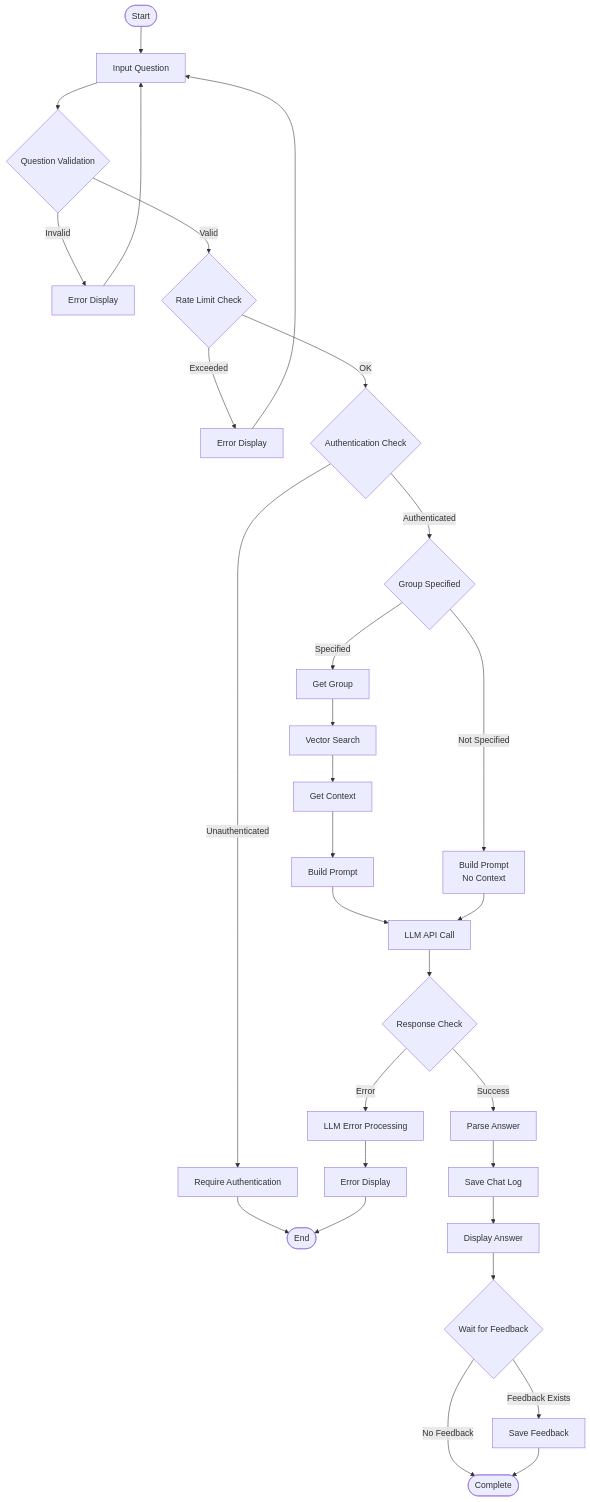
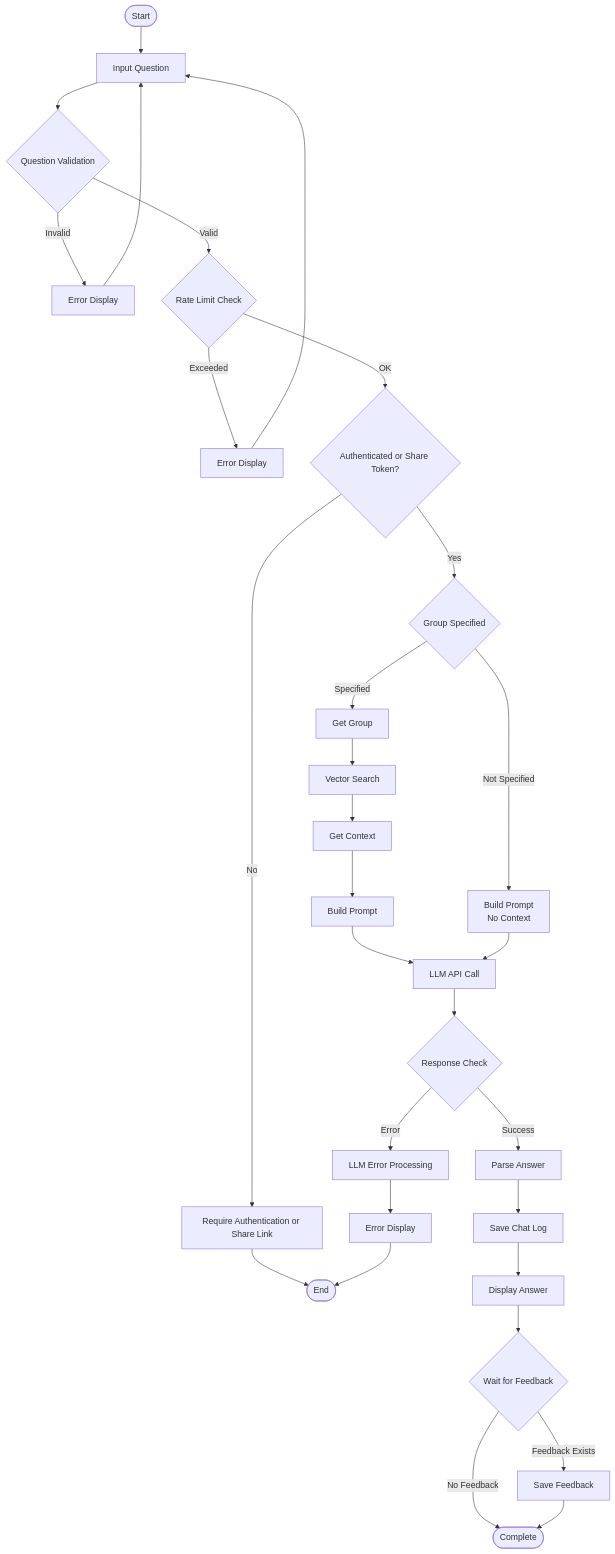
One commit to yukiharada1228/videoq changed the third of 10 diagrams in docs/architecture/bpmn.md. Above: the diagram before and after it, drawn with Mermaid. The commit also changed other lines of this file and 9 other files, not shown here.

Commit message:
docs: sync diagrams with current implementation

````diff
--- a/docs/architecture/bpmn.md
+++ b/docs/architecture/bpmn.md
@@ -72,35 +72,35 @@
 ```mermaid
 flowchart TD
     Start([Start]) --> InputQuestion[Input Question]
     InputQuestion --> ValidateQuestion{Question Validation}
     ValidateQuestion -->|Invalid| ShowError[Error Display]
     ShowError --> InputQuestion
     ValidateQuestion -->|Valid| RateLimit{"Rate Limit Check"}
     RateLimit -->|Exceeded| ErrorRateLimit[Error Display]
     ErrorRateLimit --> InputQuestion
-    RateLimit -->|OK| CheckAuth{Authentication Check}
-    CheckAuth -->|Unauthenticated| RequireAuth[Require Authentication]
+    RateLimit -->|OK| CheckAccess{Authenticated or Share Token?}
+    CheckAccess -->|No| RequireAuth[Require Authentication or Share Link]
     RequireAuth --> End([End])
-    CheckAuth -->|Authenticated| CheckGroup{Group Specified}
+    CheckAccess -->|Yes| CheckGroup{Group Specified}
     
     CheckGroup -->|Specified| GetGroup[Get Group]
     GetGroup --> SearchVector[Vector Search]
     SearchVector --> GetContext[Get Context]
     GetContext --> BuildPrompt[Build Prompt]
     
     CheckGroup -->|Not Specified| BuildPrompt2[Build Prompt<br>No Context]
     
     BuildPrompt --> CallLLM[LLM API Call]
     BuildPrompt2 --> CallLLM
     CallLLM --> CheckResponse{Response Check}
     CheckResponse -->|Error| HandleLLMError[LLM Error Processing]
     HandleLLMError --> ShowError2[Error Display]
     ShowError2 --> End
     CheckResponse -->|Success| ParseAnswer[Parse Answer]
     ParseAnswer --> SaveLog[Save Chat Log]
     SaveLog --> DisplayAnswer[Display Answer]
     DisplayAnswer --> WaitFeedback{Wait for Feedback}
     WaitFeedback -->|Feedback Exists| SaveFeedback[Save Feedback]
     WaitFeedback -->|No Feedback| Complete
     SaveFeedback --> Complete([Complete])
 ```
````
